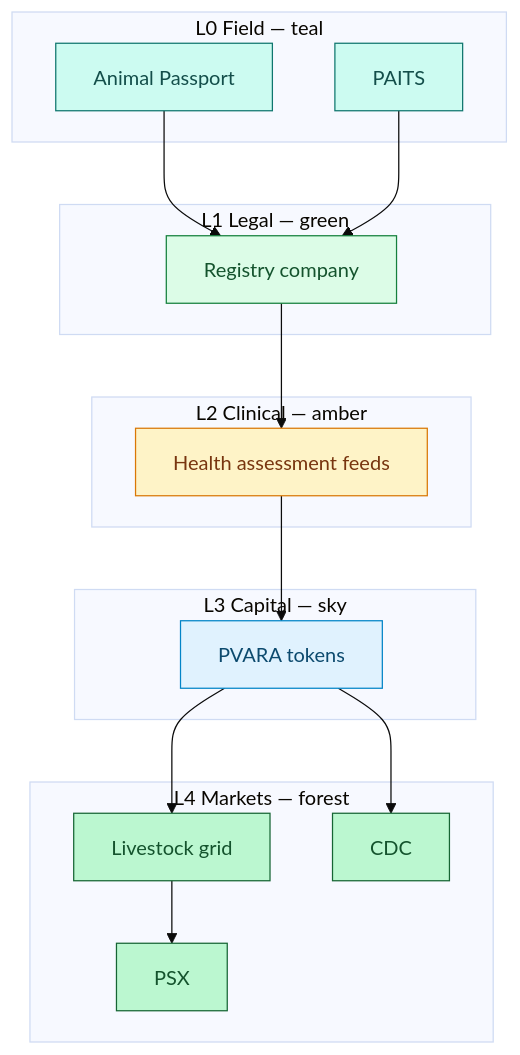
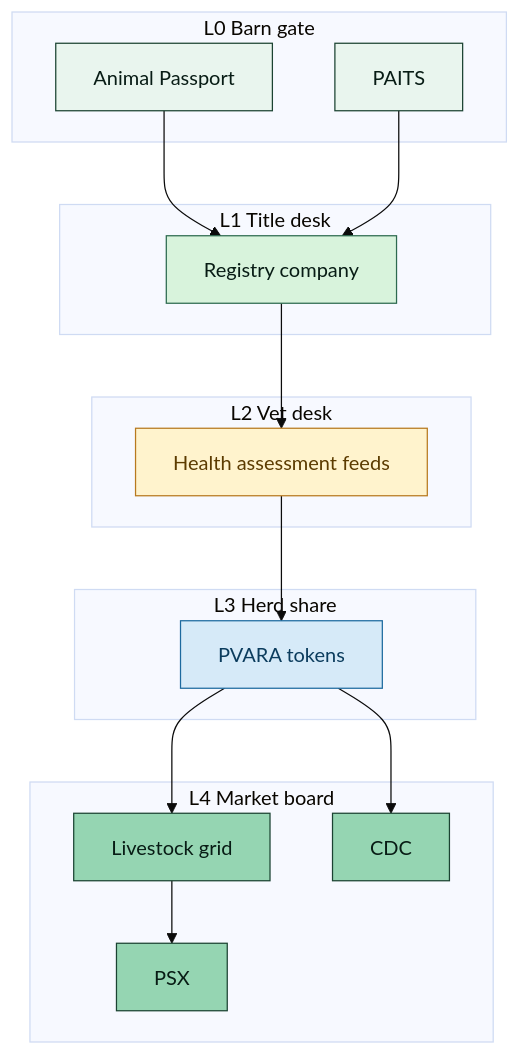
The diagram in 01-executive-summary.md (AmmarJamshed/livestock-smart-asset-stack-whitepaper), drawn with Mermaid before and after one commit. The commit also changed other lines of this file and 3 other files, not shown here.

Commit message:
style: farm-to-market UX palette, metaphors, and high-contrast diagrams

````diff
--- a/01-executive-summary.md
+++ b/01-executive-summary.md
@@ -23,39 +23,39 @@
 ```mermaid
 %%{init: {'theme':'base'}}%%
 flowchart TB
-  subgraph L0["L0 Field — teal"]
+  subgraph L0["L0 Barn gate"]
     AP[Animal Passport]
     PA[PAITS]
   end
-  subgraph L1["L1 Legal — green"]
+  subgraph L1["L1 Title desk"]
     REG[Registry company]
   end
-  subgraph L2["L2 Clinical — amber"]
+  subgraph L2["L2 Vet desk"]
     HF[Health assessment feeds]
   end
-  subgraph L3["L3 Capital — sky"]
+  subgraph L3["L3 Herd share"]
     TOK[PVARA tokens]
   end
-  subgraph L4["L4 Markets — forest"]
+  subgraph L4["L4 Market board"]
     GRID[Livestock grid]
     PSX[PSX]
     CDC[CDC]
   end
   AP --> REG
   PA --> REG
   REG --> HF
   HF --> TOK
   TOK --> GRID
   GRID --> PSX
   TOK --> CDC
-  classDef t fill:#CCFBF1,stroke:#0F766E,color:#134E4A
-  classDef g fill:#DCFCE7,stroke:#15803D,color:#14532D
-  classDef a fill:#FEF3C7,stroke:#D97706,color:#78350F
-  classDef s fill:#E0F2FE,stroke:#0284C7,color:#0C4A6E
-  classDef f fill:#BBF7D0,stroke:#166534,color:#14532D
-  class AP,PA t
-  class REG g
-  class HF a
-  class TOK s
-  class GRID,PSX,CDC f
+  classDef barn fill:#E9F5EE,stroke:#1B4332,color:#081C15
+  classDef title fill:#D8F3DC,stroke:#2D6A4F,color:#081C15
+  classDef vet fill:#FFF3CD,stroke:#B7791F,color:#5C3B00
+  classDef share fill:#D6EAF8,stroke:#1D6A9F,color:#0B3C5D
+  classDef board fill:#95D5B2,stroke:#1B4332,color:#081C15
+  class AP,PA barn
+  class REG title
+  class HF vet
+  class TOK share
+  class GRID,PSX,CDC board
 ```
````
